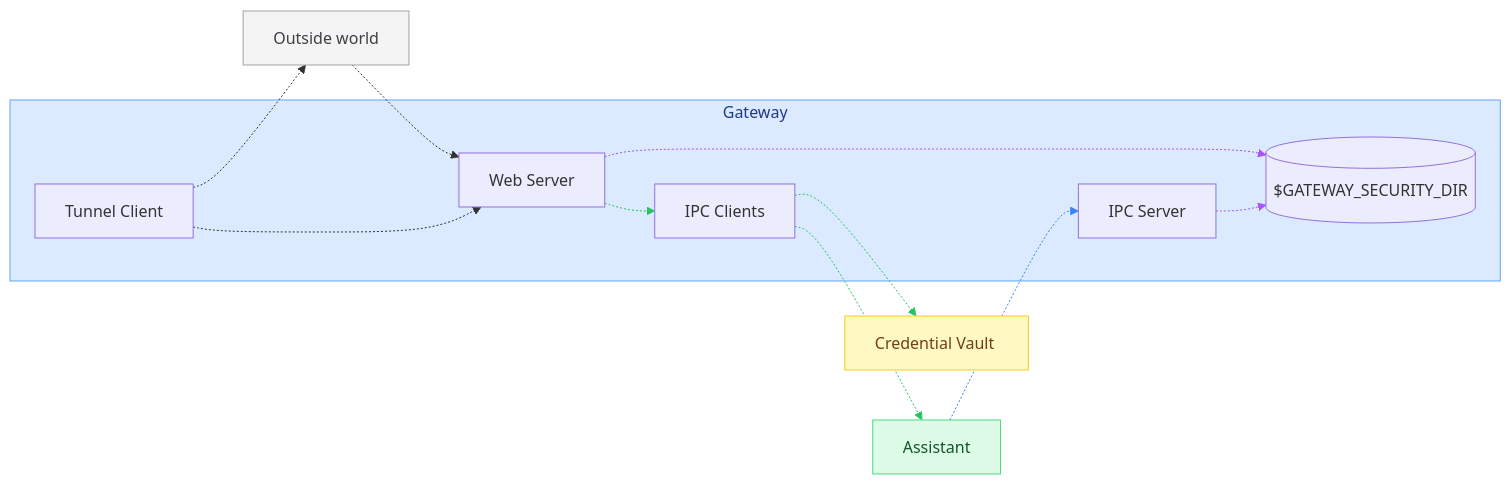
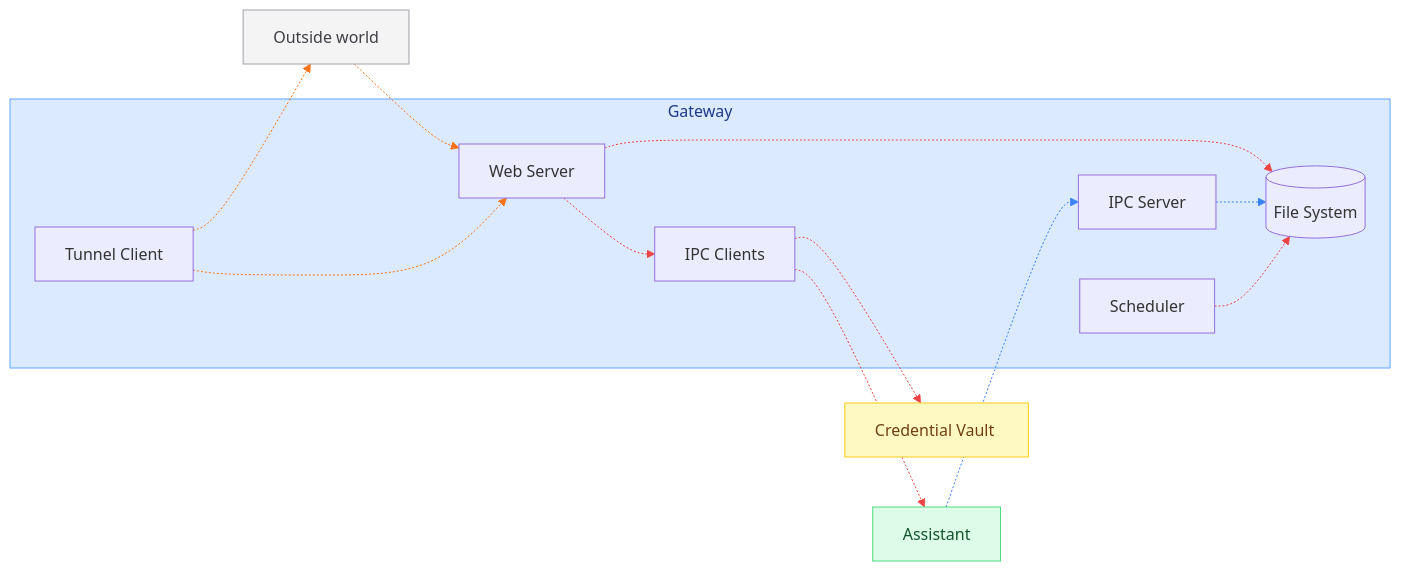
The third of 3 diagrams in clients/docs/src/content/architecture.md (manziosee/mycadet-temp), drawn with Mermaid before and after one commit. The commit also changed other lines of this file and 5 other files, not shown here.

First line of the commit message:
Gateway Scheduler (#992)

````diff
--- a/clients/docs/src/content/architecture.md
+++ b/clients/docs/src/content/architecture.md
@@ -89,33 +91,35 @@
 ```mermaid
 flowchart LR
   classDef world fill:#f4f4f5,stroke:#a1a1aa,color:#3f3f46
   classDef assistant fill:#dcfce7,stroke:#4ade80,color:#14532d
   classDef vault fill:#fef9c3,stroke:#facc15,color:#713f12
   classDef store fill:#f5f5f4,stroke:#a8a29e,color:#44403c
 
   subgraph gatewayBox["Gateway"]
     style gatewayBox fill:#dbeafe,stroke:#60a5fa,color:#1e3a8a
     WebServer["Web Server"]
     IpcServer["IPC Server"]
     IpcClients["IPC Clients"]
     TunnelClient["Tunnel Client"]
-    SecurityDir[("$GATEWAY_SECURITY_DIR")]
+    SecurityDir[("File System")]
+    Scheduler["Scheduler"]
   end
 
   World["Outside world"]:::world
   Assistant["Assistant"]:::assistant
   CES["Credential Vault&nbsp;"]:::vault
 
   World -.-> WebServer
   WebServer -.-> IpcClients
   Assistant -.-> IpcServer
   IpcClients -.-> Assistant
   IpcClients -.-> CES
   TunnelClient -.-> World
   TunnelClient -.-> WebServer
   WebServer -.-> SecurityDir
   IpcServer -.-> SecurityDir
-  linkStyle 1,3,4 stroke:#22c55e
-  linkStyle 2 stroke:#3b82f6
-  linkStyle 7,8 stroke:#a855f7
+  Scheduler -.-> SecurityDir
+  linkStyle 0,5,6 stroke:#f97316
+  linkStyle 1,3,4,7,9 stroke:#ef4444
+  linkStyle 2,8 stroke:#3b82f6
 ```
````
